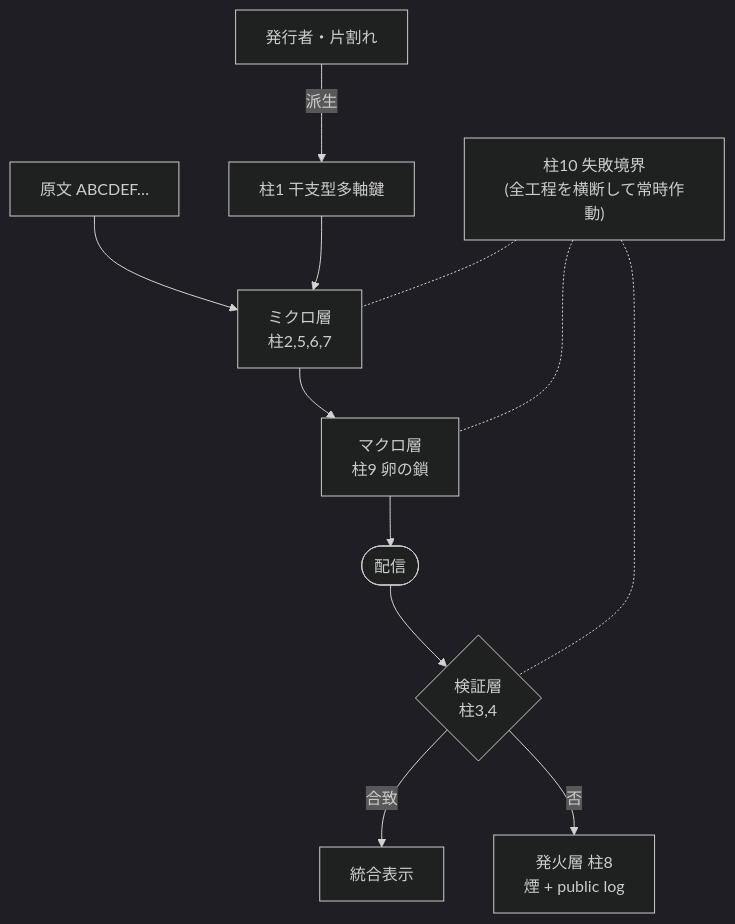
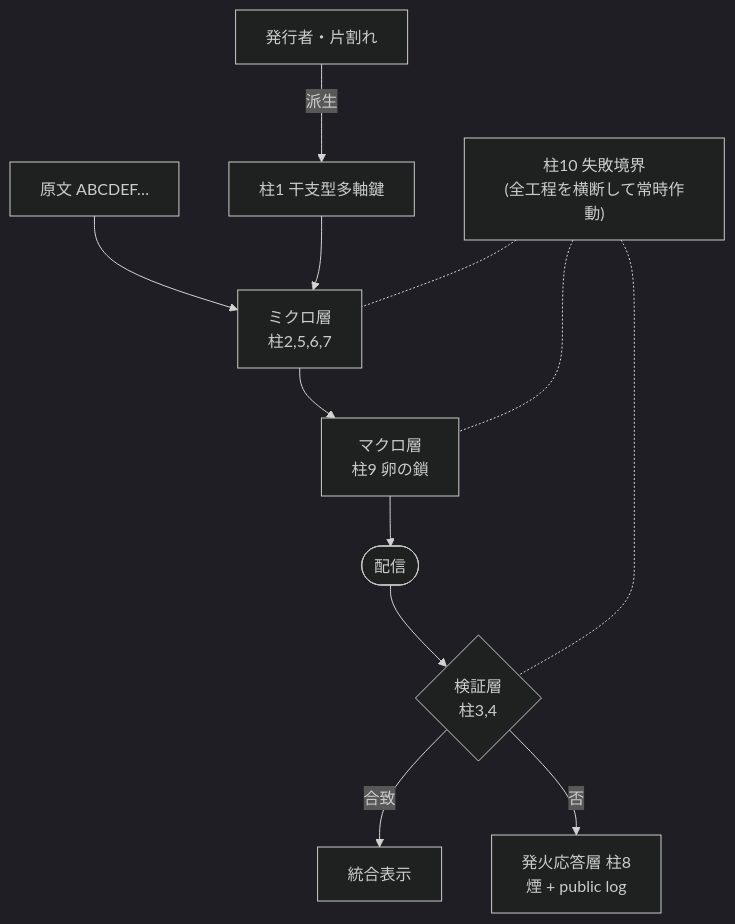
One commit to midorienhita-commits/human-cord changed the diagram in docs/figures/architecture.ja.mmd. Above: the diagram before and after it, drawn with Mermaid (dark theme). The commit also changed 3 other files, not shown here.

```diff
--- a/docs/figures/architecture.ja.mmd
+++ b/docs/figures/architecture.ja.mmd
@@ -1,13 +1,13 @@
 flowchart TB
     issuer[発行者・片割れ] -->|派生| kdf["柱1 干支型多軸鍵"]
     plain["原文 ABCDEF…"] --> micro["ミクロ層<br/>柱2,5,6,7"]
     kdf --> micro
     micro --> macro["マクロ層<br/>柱9 卵の鎖"]
     macro --> deliver([配信])
     deliver --> verify{"検証層<br/>柱3,4"}
     verify -->|合致| merged[統合表示]
-    verify -->|否| smoke["発火層 柱8<br/>煙 + public log"]
+    verify -->|否| smoke["発火応答層 柱8<br/>煙 + public log"]
     boundary["柱10 失敗境界<br/>(全工程を横断して常時作動)"]
     boundary -.- micro
     boundary -.- macro
     boundary -.- verify
```
